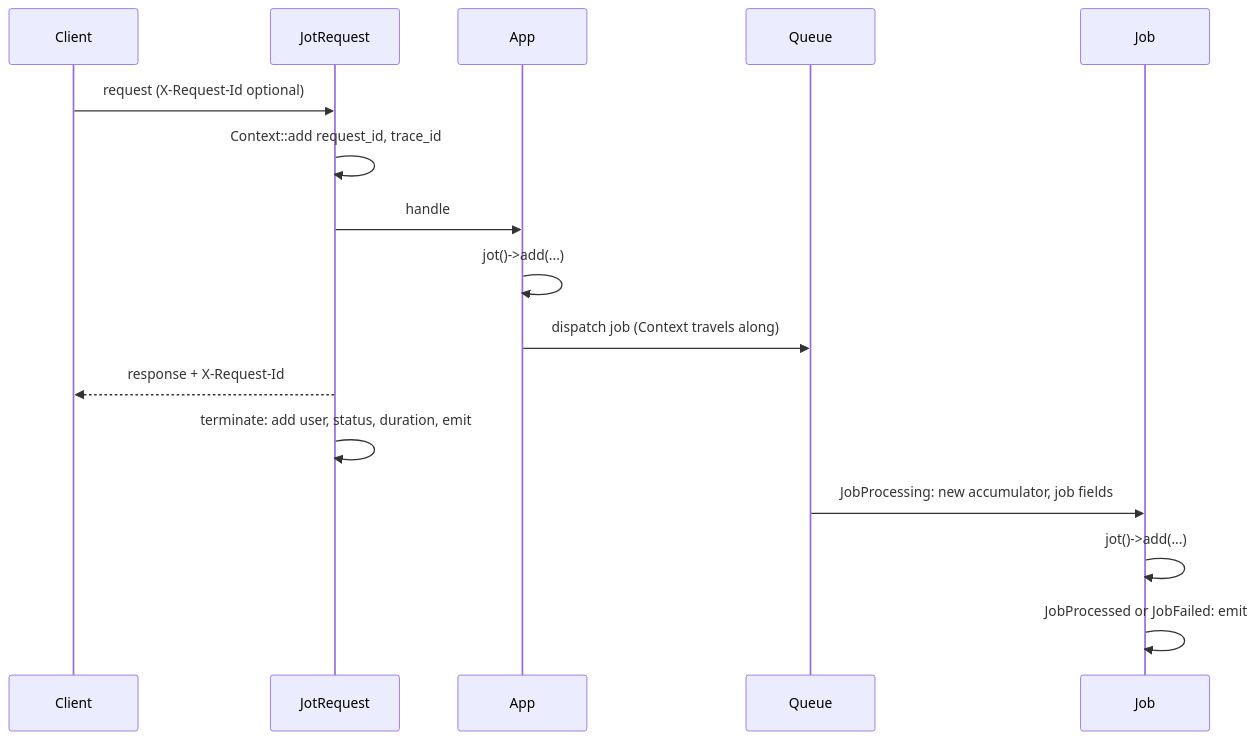
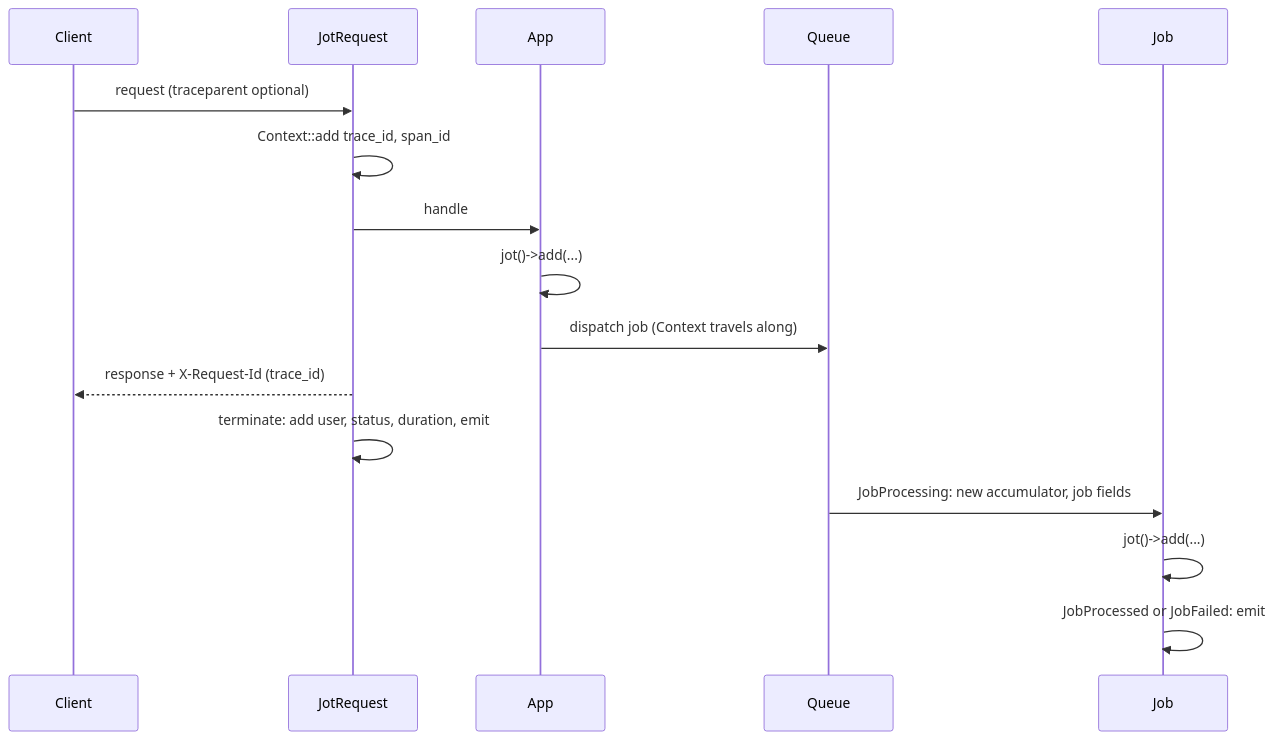
The diagram in docs/architecture.md (phlisg/laravel-jot), drawn with Mermaid before and after one commit. The commit also changed other lines of this file and 12 other files, not shown here.

Commit message:
feat!: switch event IDs to W3C trace, span and parent span

````diff
--- a/docs/architecture.md
+++ b/docs/architecture.md
@@ -26,18 +25,18 @@
 ```mermaid
 sequenceDiagram
     participant Client
     participant Middleware as JotRequest
     participant App
     participant Queue
     participant Job
-    Client->>Middleware: request (X-Request-Id optional)
-    Middleware->>Middleware: Context::add request_id, trace_id
+    Client->>Middleware: request (traceparent optional)
+    Middleware->>Middleware: Context::add trace_id, span_id
     Middleware->>App: handle
     App->>App: jot()->add(...)
     App->>Queue: dispatch job (Context travels along)
-    Middleware-->>Client: response + X-Request-Id
+    Middleware-->>Client: response + X-Request-Id (trace_id)
     Middleware->>Middleware: terminate: add user, status, duration, emit
     Queue->>Job: JobProcessing: new accumulator, job fields
     Job->>Job: jot()->add(...)
     Job->>Job: JobProcessed or JobFailed: emit
 ```
````
